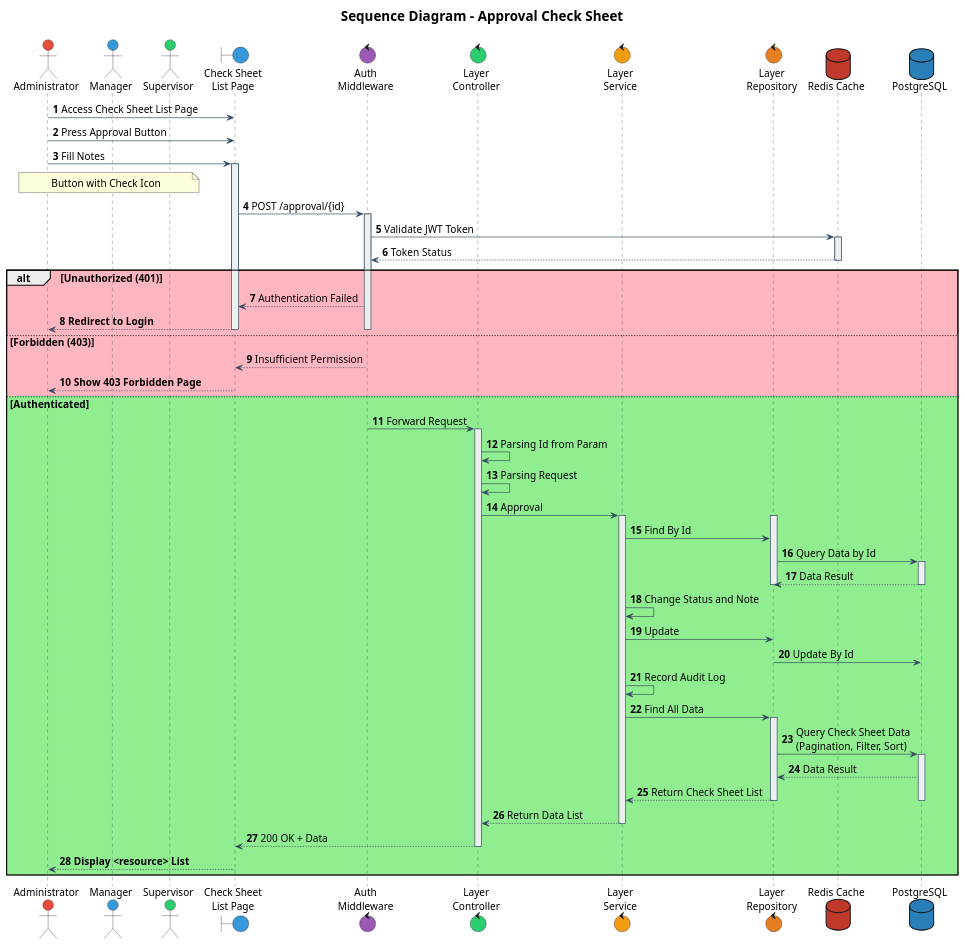
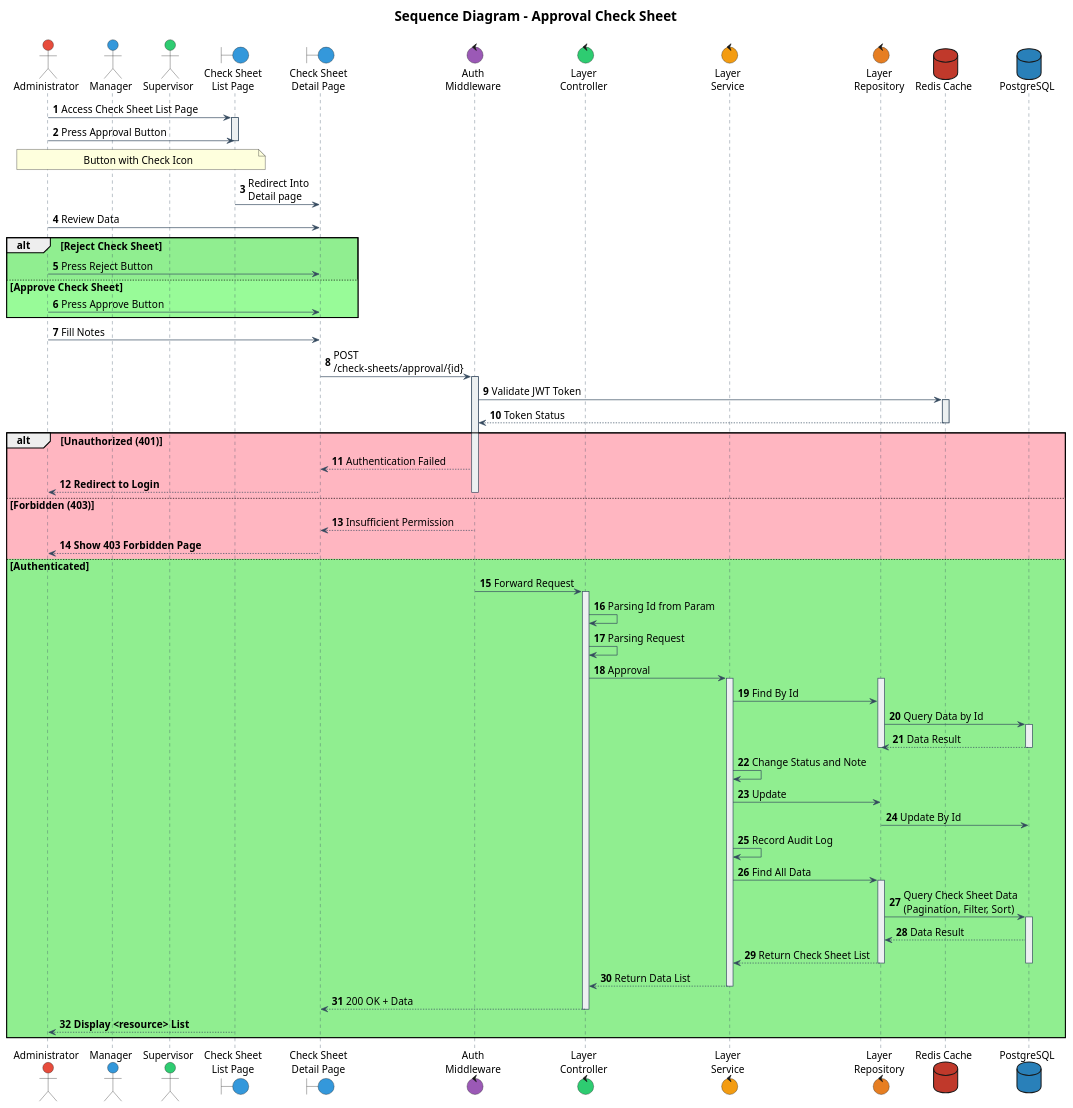
One commit to IntConnect/go-intconnect-api changed the diagram in documentation/sequence/document/check-sheet/approval.puml. Above: the diagram before and after it, drawn with PlantUML. The commit also changed 26 other files, not shown here.

Commit message:
feat(various): Update - Delete SMTP Server feature - Add approval sequence - Add parameter in check sheet check point response - Change from checkpoint into check point entity

```diff
--- a/documentation/sequence/document/check-sheet/approval.puml
+++ b/documentation/sequence/document/check-sheet/approval.puml
@@ -1,123 +1,134 @@
 @startuml
 
 ' Font configuration
 skinparam defaultFontName Times New Roman
 skinparam defaultFontSize 15
 
 ' Participant styling
 skinparam participant {
     BackgroundColor #ECF0F1
     BorderColor #34495E
     FontColor Black
     FontName Times New Roman
     FontSize 15
 }
 
 skinparam sequence {
     ArrowColor #34495E
     LifeLineBorderColor #34495E
     LifeLineBackgroundColor #ECF0F1
     ArrowFontName Times New Roman
     ArrowFontSize 15
 }
 
 skinparam actorFontSize 15
 skinparam noteFontSize 15
 skinparam noteFontName "Times New Roman"
 
 ' Actors and components
 actor "Administrator" as admin #E74C3C
 actor "Manager" as mgr #3498DB
 actor "Supervisor" as spv #2ECC71
 boundary "Check Sheet\nList Page" as boundList #3498DB
+boundary "Check Sheet\nDetail Page" as boundDetail #3498DB
 control "Auth\nMiddleware" as authMiddleware #9B59B6
 control "Layer\nController" as controller #2ECC71
 control "Layer\nService" as service #F39C12
 control "Layer\nRepository" as repository #E67E22
 database "Redis Cache" as dbRedis #C0392B
 database "PostgreSQL" as dbPsql #2980B9
 
 title
 <size:20><b>Sequence Diagram - Approval Check Sheet</b></size>
 ----
 end title
 
 autonumber
 
 ' === MAIN FLOW ===
 admin -> boundList: Access Check Sheet List Page
+activate boundList
+
 admin -> boundList: Press Approval Button
-admin -> boundList: Fill Notes
-note over admin, spv
+deactivate boundList
+note over admin, boundList
 Button with Check Icon
 end note
-activate boundList
+boundList -> boundDetail: Redirect Into\nDetail page
+admin -> boundDetail: Review Data
+alt #LightGreen Reject Check Sheet
+admin -> boundDetail: Press Reject Button
+else #PaleGreen Approve Check Sheet
+admin -> boundDetail: Press Approve Button
+end
+admin -> boundDetail: Fill Notes
 
-boundList -> authMiddleware: POST /approval/{id}
+
+boundDetail -> authMiddleware: POST\n/check-sheets/approval/{id}
 activate authMiddleware
 
 ' === AUTHENTICATION ===
 authMiddleware -> dbRedis: Validate JWT Token
 activate dbRedis
 dbRedis --> authMiddleware: Token Status
 deactivate dbRedis
 
 alt #LightPink Unauthorized (401)
-    authMiddleware --> boundList: Authentication Failed
-    boundList --> admin: **Redirect to Login**
+    authMiddleware --> boundDetail: Authentication Failed
+    boundDetail --> admin: **Redirect to Login**
     deactivate authMiddleware
-    deactivate boundList
+    deactivate boundDetail
     
 else #LightPink Forbidden (403)
-    authMiddleware --> boundList: Insufficient Permission
-    boundList --> admin: **Show 403 Forbidden Page**
+    authMiddleware --> boundDetail: Insufficient Permission
+    boundDetail --> admin: **Show 403 Forbidden Page**
     deactivate authMiddleware
-    deactivate boundList
+    deactivate boundDetail
     
 else #LightGreen Authenticated
 
     authMiddleware -> controller: Forward Request
     deactivate authMiddleware
     activate controller
 
     controller -> controller: Parsing Id from Param
     controller -> controller: Parsing Request
     controller -> service: Approval
     activate service
 
     ' === FETCH DATA FROM DATABASE ===
     activate repository
     service -> repository: Find By Id
     repository -> dbPsql: Query Data by Id
     activate dbPsql
     dbPsql --> repository: Data Result
     deactivate dbPsql
     deactivate repository
 
     service -> service: Change Status and Note
     service -> repository: Update
     repository -> dbPsql: Update By Id
     service -> service: Record Audit Log
     service -> repository: Find All Data
     activate repository
 
     repository -> dbPsql: Query Check Sheet Data\n(Pagination, Filter, Sort)
     activate dbPsql
     dbPsql --> repository: Data Result
 
 
   repository --> service: Return Check Sheet List
     deactivate repository
 
     deactivate dbPsql
     service --> controller: Return Data List
 
     deactivate service
-        controller --> boundList: 200 OK + Data
+        controller --> boundDetail: 200 OK + Data
     deactivate controller
     boundList --> admin: **Display <resource> List**
     deactivate boundList
 
 end
 
 @enduml
```
